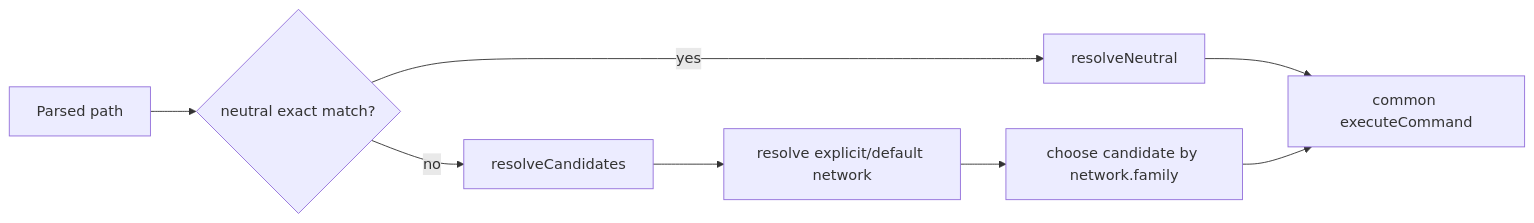
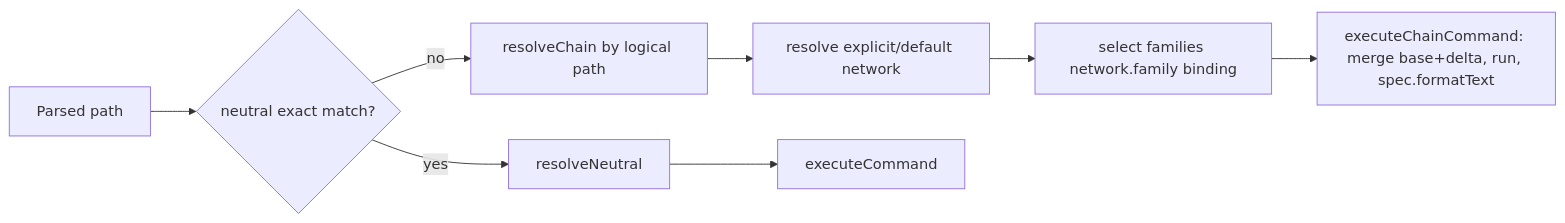
One commit to tronprotocol/wallet-cli changed the fifth of 12 diagrams in ts/docs/typescript-wallet-cli-architecture-source-of-truth.md. Above: the diagram before and after it, drawn with Mermaid. The commit also changed other lines of this file and 36 other files, not shown here.

````diff
--- a/ts/docs/typescript-wallet-cli-architecture-source-of-truth.md
+++ b/ts/docs/typescript-wallet-cli-architecture-source-of-truth.md
@@ -295,10 +297,10 @@
 ```mermaid
 flowchart LR
     PATH[Parsed path] --> KIND{neutral exact match?}
     KIND -->|yes| NEUTRAL[resolveNeutral]
-    KIND -->|no| CAND[resolveCandidates]
-    CAND --> NET[resolve explicit/default network]
-    NET --> FAMILY[choose candidate by network.family]
-    NEUTRAL --> EXEC[common executeCommand]
-    FAMILY --> EXEC
+    KIND -->|no| CHAIN[resolveChain by logical path]
+    CHAIN --> NET[resolve explicit/default network]
+    NET --> BIND[select families network.family binding]
+    NEUTRAL --> EXEC[executeCommand]
+    BIND --> XEXEC[executeChainCommand: merge base+delta, run, spec.formatText]
 ```
````
